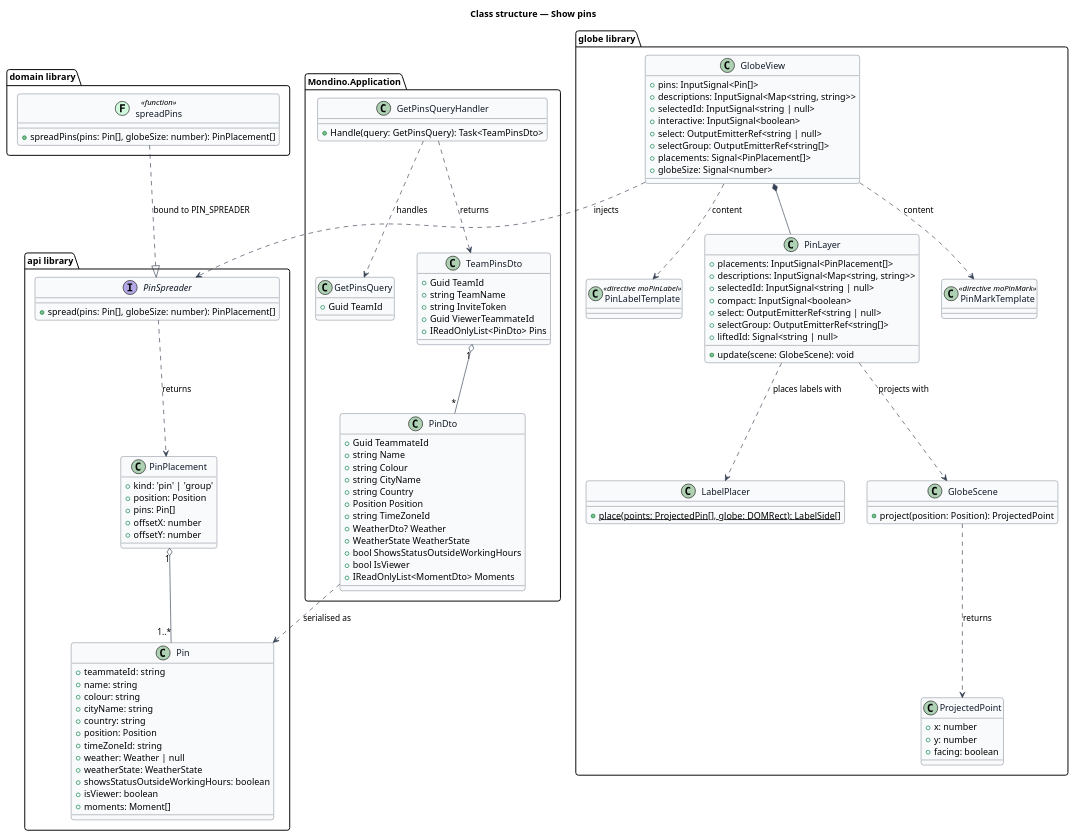
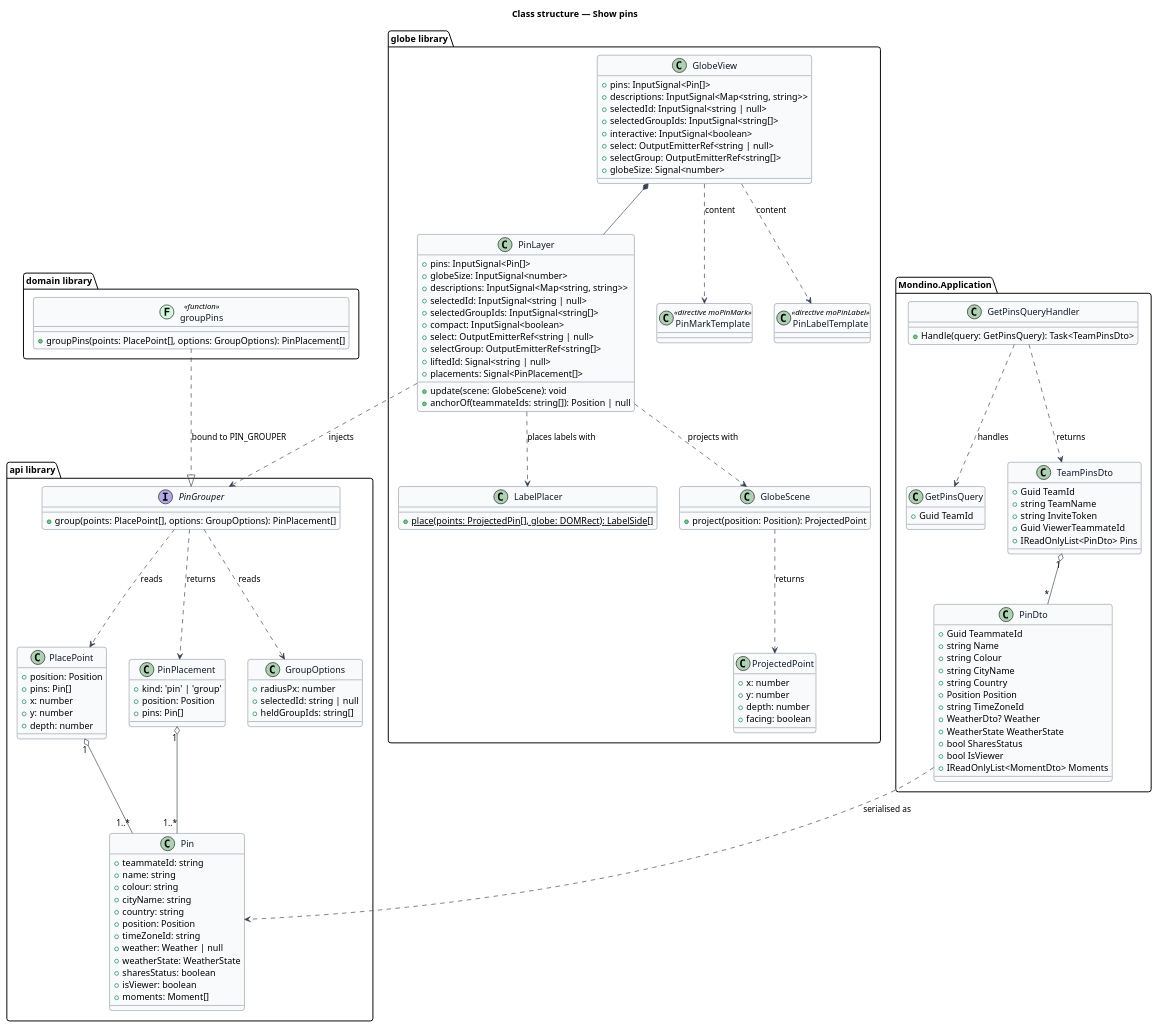
The diagram in docs/detailed-designs/globe/show-pins/diagrams/class-structure.puml (QuinntyneBrown/Mondino), drawn with PlantUML before and after one commit. The commit also changed 91 other files, not shown here.

```diff
--- a/docs/detailed-designs/globe/show-pins/diagrams/class-structure.puml
+++ b/docs/detailed-designs/globe/show-pins/diagrams/class-structure.puml
@@ -1,128 +1,146 @@
 @startuml
 skinparam backgroundColor #FFFFFF
 skinparam shadowing false
 skinparam roundcorner 8
 skinparam defaultFontName Arial
 skinparam ArrowColor #344054
 skinparam class {
   BorderColor #344054
   FontColor #101828
   BackgroundColor #F9FAFB
 }
 title Class structure — Show pins
 set separator none
 
 package "api library" {
   class Pin {
     +teammateId: string
     +name: string
     +colour: string
     +cityName: string
     +country: string
     +position: Position
     +timeZoneId: string
     +weather: Weather | null
     +weatherState: WeatherState
-    +showsStatusOutsideWorkingHours: boolean
+    +sharesStatus: boolean
     +isViewer: boolean
     +moments: Moment[]
+  }
+  class PlacePoint {
+    +position: Position
+    +pins: Pin[]
+    +x: number
+    +y: number
+    +depth: number
   }
   class PinPlacement {
     +kind: 'pin' | 'group'
     +position: Position
     +pins: Pin[]
-    +offsetX: number
-    +offsetY: number
   }
-  interface PinSpreader {
-    +spread(pins: Pin[], globeSize: number): PinPlacement[]
+  class GroupOptions {
+    +radiusPx: number
+    +selectedId: string | null
+    +heldGroupIds: string[]
+  }
+  interface PinGrouper {
+    +group(points: PlacePoint[], options: GroupOptions): PinPlacement[]
   }
 }
 
 package "domain library" {
-  class "spreadPins" as spreadPins << (F,#D1FADF) function >> {
-    +spreadPins(pins: Pin[], globeSize: number): PinPlacement[]
+  class "groupPins" as groupPins << (F,#D1FADF) function >> {
+    +groupPins(points: PlacePoint[], options: GroupOptions): PinPlacement[]
   }
 }
 
 package "globe library" {
   class GlobeView {
     +pins: InputSignal<Pin[]>
     +descriptions: InputSignal<Map<string, string>>
     +selectedId: InputSignal<string | null>
+    +selectedGroupIds: InputSignal<string[]>
     +interactive: InputSignal<boolean>
     +select: OutputEmitterRef<string | null>
     +selectGroup: OutputEmitterRef<string[]>
-    +placements: Signal<PinPlacement[]>
     +globeSize: Signal<number>
   }
   class PinLayer {
-    +placements: InputSignal<PinPlacement[]>
+    +pins: InputSignal<Pin[]>
+    +globeSize: InputSignal<number>
     +descriptions: InputSignal<Map<string, string>>
     +selectedId: InputSignal<string | null>
+    +selectedGroupIds: InputSignal<string[]>
     +compact: InputSignal<boolean>
     +select: OutputEmitterRef<string | null>
     +selectGroup: OutputEmitterRef<string[]>
     +liftedId: Signal<string | null>
+    +placements: Signal<PinPlacement[]>
     +update(scene: GlobeScene): void
+    +anchorOf(teammateIds: string[]): Position | null
   }
   class LabelPlacer {
     {static} +place(points: ProjectedPin[], globe: DOMRect): LabelSide[]
   }
   class PinMarkTemplate << directive moPinMark >>
   class PinLabelTemplate << directive moPinLabel >>
   class GlobeScene {
     +project(position: Position): ProjectedPoint
   }
   class ProjectedPoint {
     +x: number
     +y: number
+    +depth: number
     +facing: boolean
   }
 }
 
 package "Mondino.Application" {
   class GetPinsQuery {
     +Guid TeamId
   }
   class GetPinsQueryHandler {
     +Handle(query: GetPinsQuery): Task<TeamPinsDto>
   }
   class TeamPinsDto {
     +Guid TeamId
     +string TeamName
     +string InviteToken
     +Guid ViewerTeammateId
     +IReadOnlyList<PinDto> Pins
   }
   class PinDto {
     +Guid TeammateId
     +string Name
     +string Colour
     +string CityName
     +string Country
     +Position Position
     +string TimeZoneId
     +WeatherDto? Weather
     +WeatherState WeatherState
-    +bool ShowsStatusOutsideWorkingHours
+    +bool SharesStatus
     +bool IsViewer
     +IReadOnlyList<MomentDto> Moments
   }
 }
 
-spreadPins ..|> PinSpreader : bound to PIN_SPREADER
-PinSpreader ..> PinPlacement : returns
+groupPins ..|> PinGrouper : bound to PIN_GROUPER
+PinGrouper ..> PlacePoint : reads
+PinGrouper ..> GroupOptions : reads
+PinGrouper ..> PinPlacement : returns
+PlacePoint "1" o-- "1..*" Pin
 PinPlacement "1" o-- "1..*" Pin
-GlobeView ..> PinSpreader : injects
 GlobeView *-- PinLayer
+PinLayer ..> PinGrouper : injects
 GlobeView ..> PinMarkTemplate : content
 GlobeView ..> PinLabelTemplate : content
 PinLayer ..> LabelPlacer : places labels with
 PinLayer ..> GlobeScene : projects with
 GlobeScene ..> ProjectedPoint : returns
 GetPinsQueryHandler ..> GetPinsQuery : handles
 GetPinsQueryHandler ..> TeamPinsDto : returns
 TeamPinsDto "1" o-- "*" PinDto
 PinDto ..> Pin : serialised as
 @enduml
```
